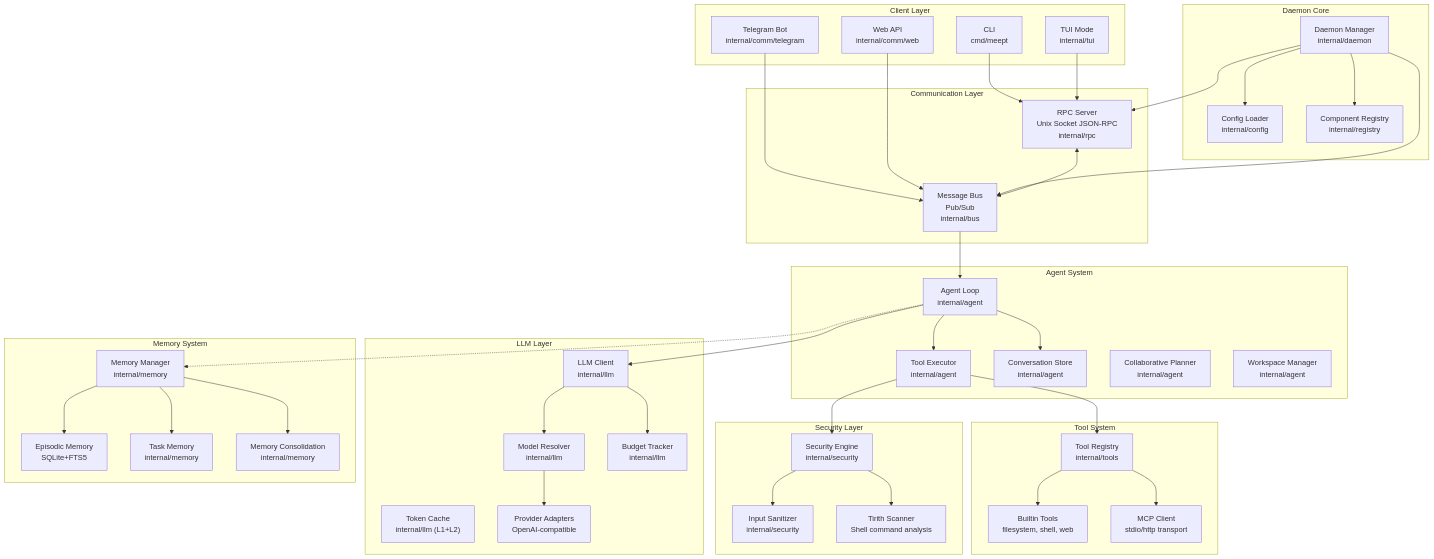
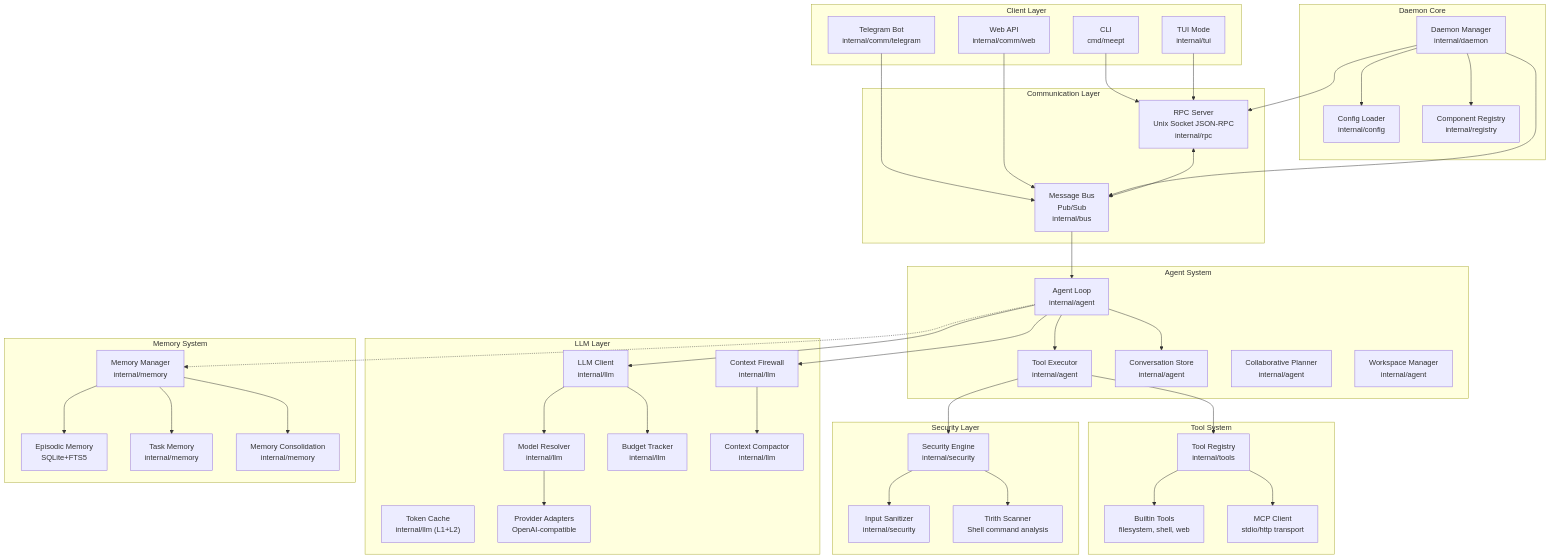
One commit to bhodgens/meept changed the first of 2 diagrams in docs/concepts/architecture.md. Above: the diagram before and after it, drawn with Mermaid. The commit also changed other lines of this file and 24 other files, not shown here.

First line of the commit message:
feat: complete LLM-based context compaction with tests and documentation

```diff
--- a/docs/concepts/architecture.md
+++ b/docs/concepts/architecture.md
@@ -38,6 +38,8 @@
         Budget["Budget Tracker<br/>internal/llm"]
         TokenCache["Token Cache<br/>internal/llm (L1+L2)"]
         Providers["Provider Adapters<br/>OpenAI-compatible"]
+        Compactor["Context Compactor<br/>internal/llm"]
+        Firewall["Context Firewall<br/>internal/llm"]
     end
 
     subgraph Tools["Tool System"]
@@ -83,6 +85,8 @@
     LLMClient --> Resolver
     LLMClient --> Budget
     Resolver --> Providers
+    AgentLoop --> Firewall
+    Firewall --> Compactor
 
     MemMgr --> Episodic
     MemMgr --> TaskMem
```
